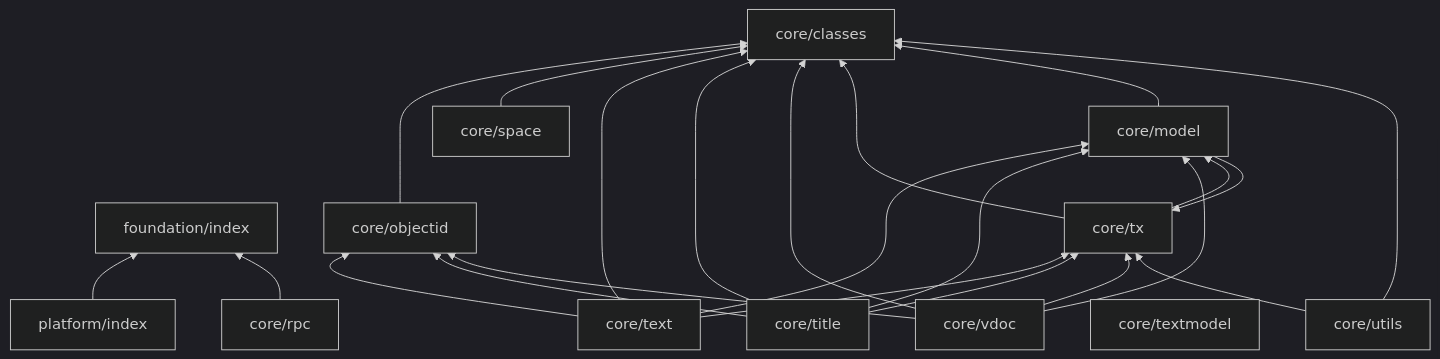
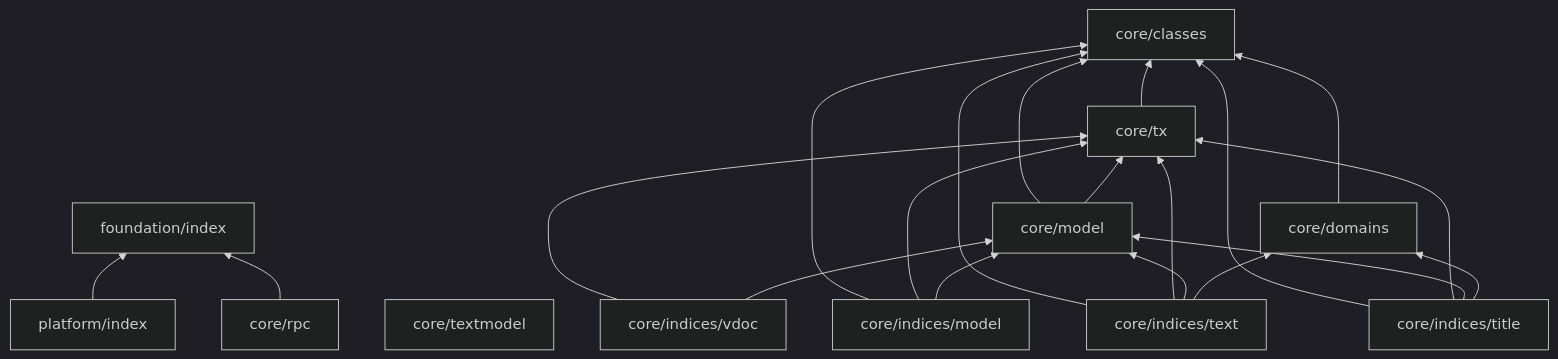
One commit to hcengineering/platform-0.2 changed the diagram in docs/content/docs/concepts/code-structure.md. Above: the diagram before and after it, drawn with Mermaid (dark theme). The commit also changed 15 other files, not shown here.

```diff
--- a/docs/content/docs/concepts/code-structure.md
+++ b/docs/content/docs/concepts/code-structure.md
@@ -16,16 +16,15 @@
 {{< mermaid >}}
 
 graph BT
     platform/index --> foundation/index
-    core/objectid --> core/classes
+    core/domains --> core/classes
     core/rpc --> foundation/index
-    core/space --> core/classes
-    core/text --> core/classes & core/tx & core/objectid & core/model
-    core/title --> core/classes & core/tx & core/objectid & core/model
-    core/vdoc --> core/classes & core/tx & core/objectid & core/model
-    core/tx --> core/model & core/classes
+    core/tx --> core/classes
     core/model --> core/classes & core/tx
     core/textmodel
-    core/utils --> core/classes & core/tx
+    core/indices/model --> core/classes & core/tx & core/model
+    core/indices/vdoc --> core/tx & core/model
+    core/indices/text --> core/classes & core/tx &  core/model & core/domains
+    core/indices/title --> core/classes & core/tx & core/model & core/domains
 
 {{< /mermaid >}}
```
